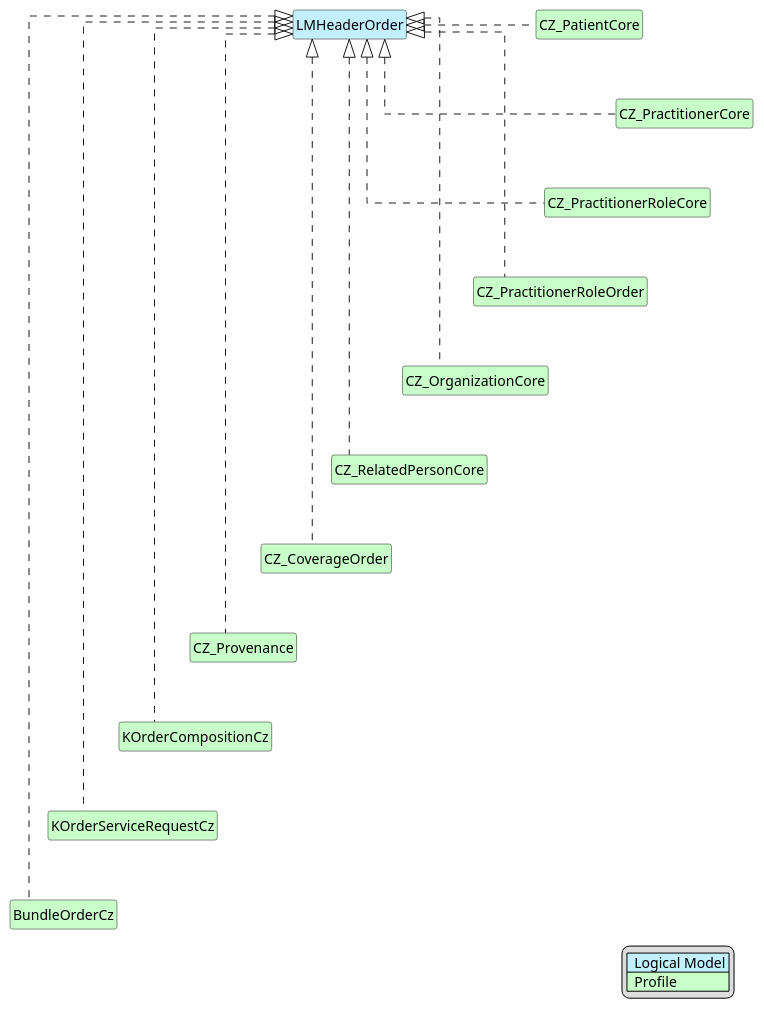
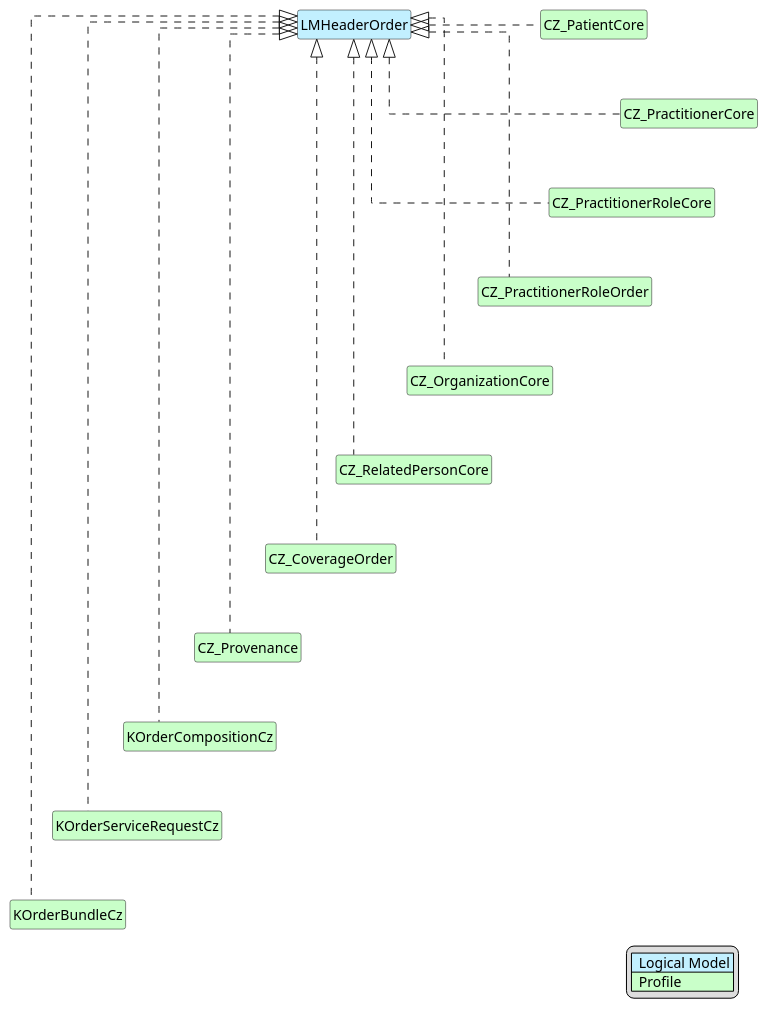
The diagram in input/images-source/K-Header-map.plantuml (HL7-cz/k-order), drawn with PlantUML before and after one commit. The commit also changed 77 other files, not shown here.

```diff
--- a/input/images-source/K-Header-map.plantuml
+++ b/input/images-source/K-Header-map.plantuml
@@ -1,49 +1,49 @@
 @startuml
 ' Generated by scripts/sync-header-mapping.py
 hide circle
 hide stereotype
 hide members
 hide methods
 skinparam linetype ortho
 skinparam class {
 BackgroundColor<<LogicalModel>> #APPLICATION
 BackgroundColor<<Profile>> #TECHNOLOGY
 }
 legend right
 | <#APPLICATION>  Logical Model |
 | <#TECHNOLOGY>  Profile |
 endlegend
 class "LMHeaderOrder" as Header <<LogicalModel>> [[StructureDefinition-LMHeaderOrder.html]]
 class "CZ_PatientCore" as Target0 <<Profile>> [[https://hl7.cz/fhir/core/StructureDefinition-cz-patient-core.html]]
 Header <|. Target0
 class "CZ_PractitionerCore" as Target1 <<Profile>> [[https://hl7.cz/fhir/core/StructureDefinition-cz-practitioner-core.html]]
 Header <|. Target1
 Target0 -d[hidden]-> Target1
 class "CZ_PractitionerRoleCore" as Target2 <<Profile>> [[https://hl7.cz/fhir/core/StructureDefinition-cz-practitionerrole-core.html]]
 Header <|. Target2
 Target1 -d[hidden]-> Target2
 class "CZ_PractitionerRoleOrder" as Target3 <<Profile>> [[https://hl7.cz/fhir/core/StructureDefinition-practitionerrole-cz-order.html]]
 Header <|. Target3
 Target2 -d[hidden]-> Target3
 class "CZ_OrganizationCore" as Target4 <<Profile>> [[https://hl7.cz/fhir/core/StructureDefinition-cz-organization-core.html]]
 Header <|. Target4
 Target3 -d[hidden]-> Target4
 class "CZ_RelatedPersonCore" as Target5 <<Profile>> [[https://hl7.cz/fhir/core/StructureDefinition-cz-relatedPerson-core.html]]
 Header <|. Target5
 Target4 -d[hidden]-> Target5
 class "CZ_CoverageOrder" as Target6 <<Profile>> [[StructureDefinition-cz-coverage-order.html]]
 Header <|. Target6
 Target5 -d[hidden]-> Target6
 class "CZ_Provenance" as Target7 <<Profile>> [[https://hl7.cz/fhir/core/StructureDefinition-cz-provenance.html]]
 Header <|. Target7
 Target6 -d[hidden]-> Target7
 class "KOrderCompositionCz" as Target8 <<Profile>> [[StructureDefinition-k-order-composition-cz.html]]
 Header <|. Target8
 Target7 -d[hidden]-> Target8
 class "KOrderServiceRequestCz" as Target9 <<Profile>> [[StructureDefinition-KOrderServiceRequestCz.html]]
 Header <|. Target9
 Target8 -d[hidden]-> Target9
-class "BundleOrderCz" as Target10 <<Profile>> [[StructureDefinition-BundleOrderCz.html]]
+class "KOrderBundleCz" as Target10 <<Profile>> [[StructureDefinition-KOrderBundleCz.html]]
 Header <|. Target10
 Target9 -d[hidden]-> Target10
 @enduml
```
